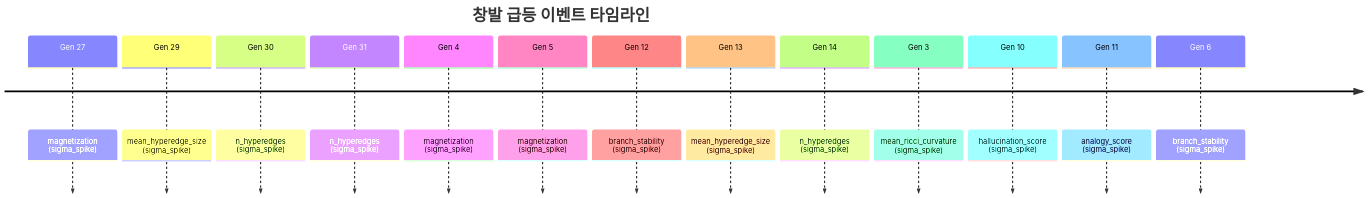
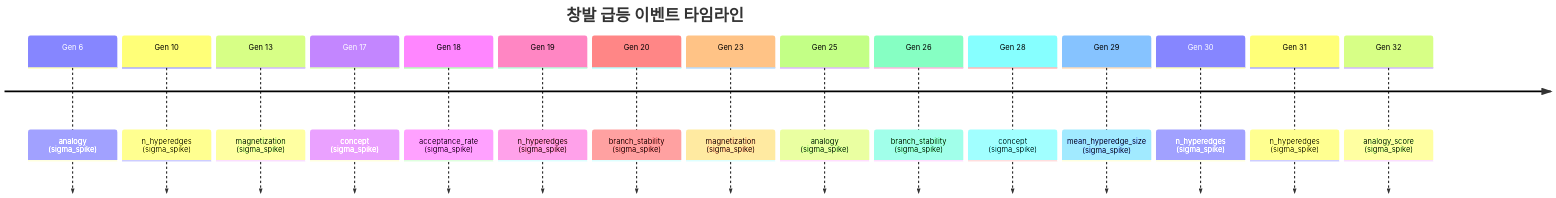
One commit to need-singularity/test-1 changed the second of 2 diagrams in README.md. Above: the diagram before and after it, drawn with Mermaid. The commit also changed other lines of this file, not shown here.

Commit message:
Round 2: fitness=0.7372, gen=35, emergence=17

````diff
--- a/README.md
+++ b/README.md
@@ -104,17 +117,19 @@
 ```mermaid
 timeline
     title 창발 급등 이벤트 타임라인
-    Gen 27 : magnetization (sigma_spike)
+    Gen 6 : analogy (sigma_spike)
+    Gen 10 : n_hyperedges (sigma_spike)
+    Gen 13 : magnetization (sigma_spike)
+    Gen 17 : concept (sigma_spike)
+    Gen 18 : acceptance_rate (sigma_spike)
+    Gen 19 : n_hyperedges (sigma_spike)
+    Gen 20 : branch_stability (sigma_spike)
+    Gen 23 : magnetization (sigma_spike)
+    Gen 25 : analogy (sigma_spike)
+    Gen 26 : branch_stability (sigma_spike)
+    Gen 28 : concept (sigma_spike)
     Gen 29 : mean_hyperedge_size (sigma_spike)
     Gen 30 : n_hyperedges (sigma_spike)
     Gen 31 : n_hyperedges (sigma_spike)
-    Gen 4 : magnetization (sigma_spike)
-    Gen 5 : magnetization (sigma_spike)
-    Gen 12 : branch_stability (sigma_spike)
-    Gen 13 : mean_hyperedge_size (sigma_spike)
-    Gen 14 : n_hyperedges (sigma_spike)
-    Gen 3 : mean_ricci_curvature (sigma_spike)
-    Gen 10 : hallucination_score (sigma_spike)
-    Gen 11 : analogy_score (sigma_spike)
-    Gen 6 : branch_stability (sigma_spike)
+    Gen 32 : analogy_score (sigma_spike)
 ```
````
